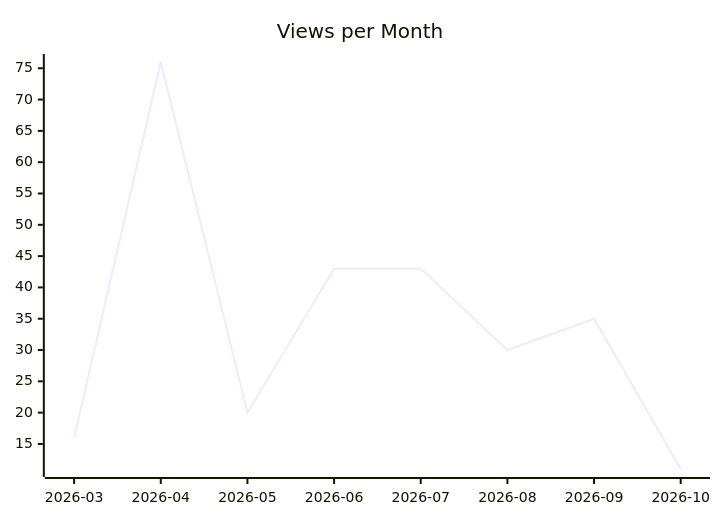
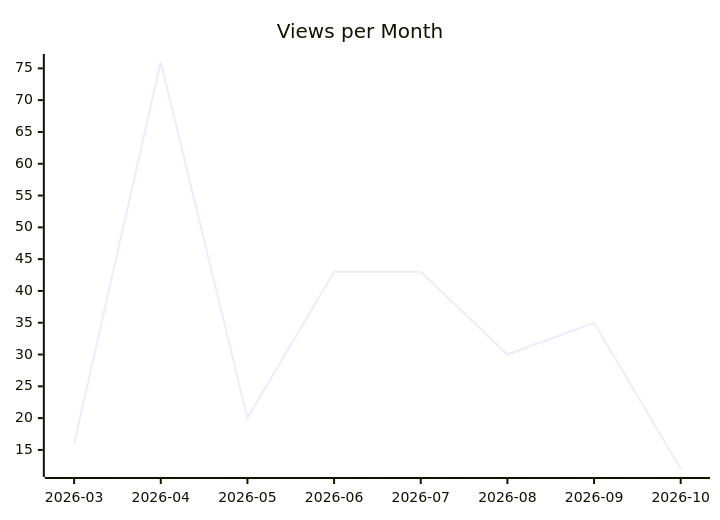
The second of 3 diagrams in karlmdavis/ksoap2-android/README.md (justdavis-family/github-analytics-data), drawn with Mermaid before and after one commit. The commit also changed other lines of this file and 197 other files, not shown here.

````diff
--- a/karlmdavis/ksoap2-android/README.md
+++ b/karlmdavis/ksoap2-android/README.md
@@ -12,6 +12,6 @@
 ```mermaid
 xychart-beta
   title "Views per Month"
   x-axis ["2026-03", "2026-04", "2026-05", "2026-06", "2026-07", "2026-08", "2026-09", "2026-10"]
-  line [16, 76, 20, 43, 43, 30, 35, 11]
+  line [16, 76, 20, 43, 43, 30, 35, 12]
 ```
````
